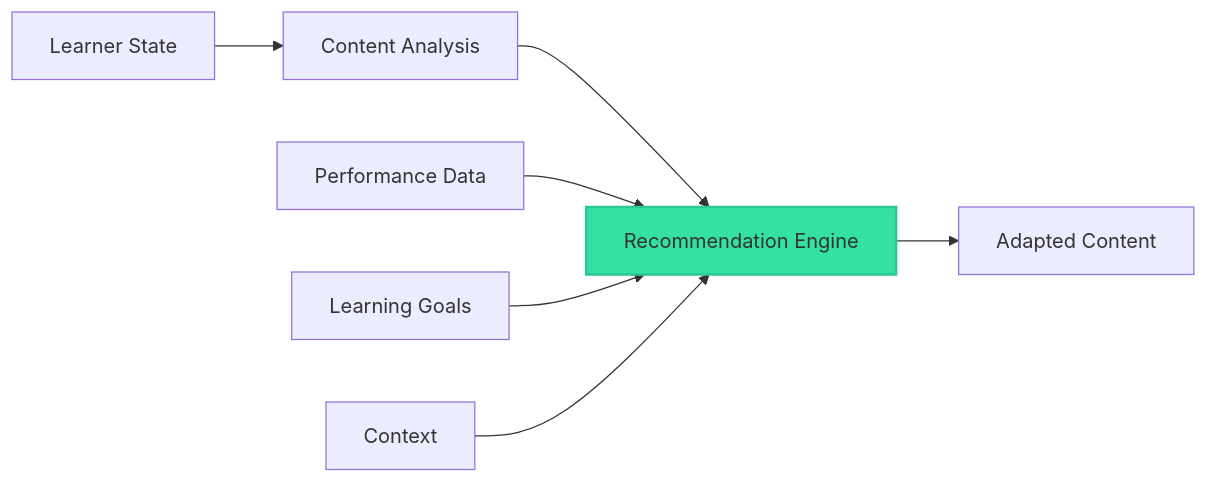
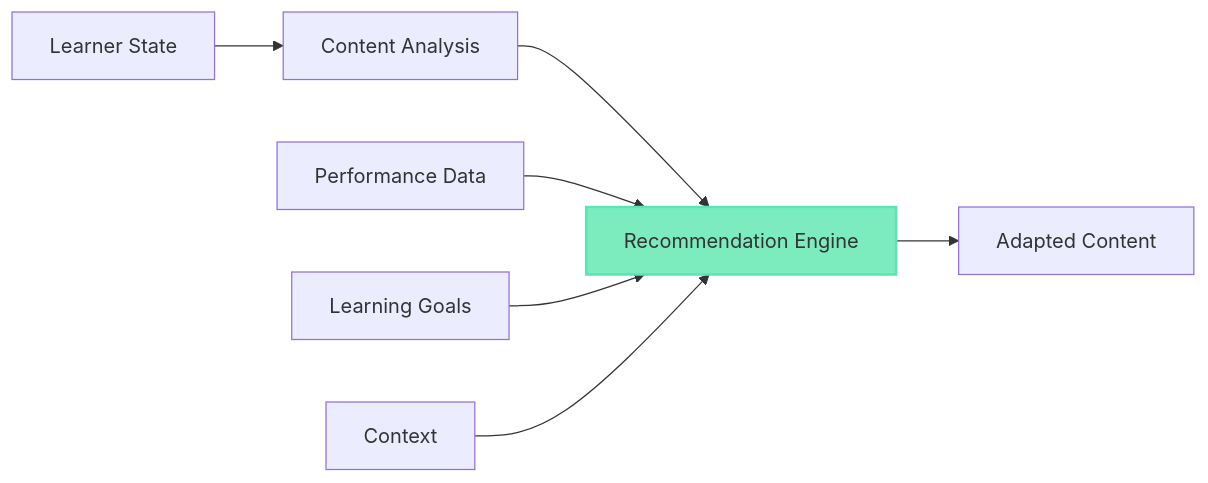
One commit to ivmarch/geniverse-docs changed the diagram in docs/ai-layer.md. Above: the diagram before and after it, drawn with Mermaid. The commit also changed 5 other files, not shown here.

Commit message:
Update diagram colors: use light green and gray, remove black

````diff
--- a/docs/ai-layer.md
+++ b/docs/ai-layer.md
@@ -49,12 +49,12 @@
 ```mermaid
 graph LR
     A[Learner State] --> B[Content Analysis]
     B --> C[Recommendation Engine]
     C --> D[Adapted Content]
     
     E[Performance Data] --> C
     F[Learning Goals] --> C
     G[Context] --> C
     
-    style C fill:#34E1A1,stroke:#2BC891,stroke-width:2px
+    style C fill:#7CECBF,stroke:#58E6B2,stroke-width:2px
 ```
````
